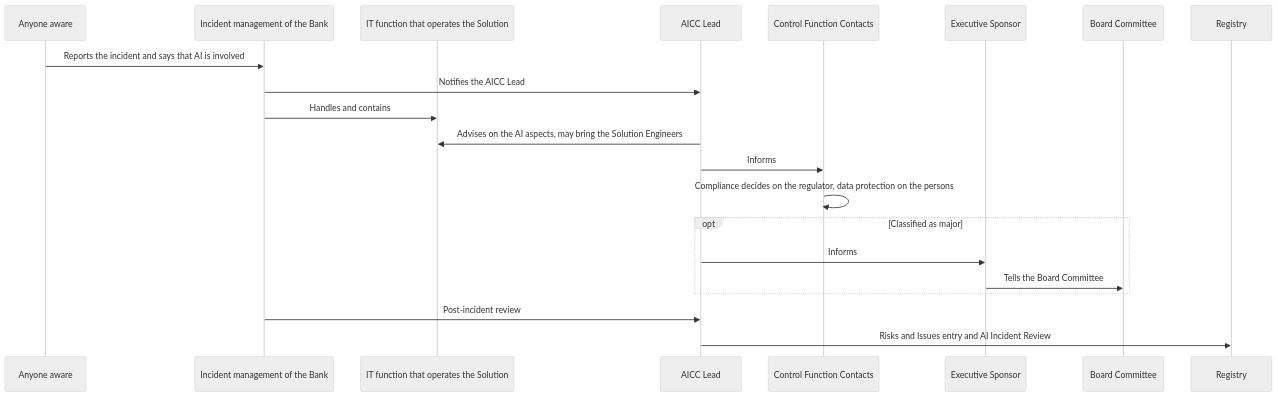
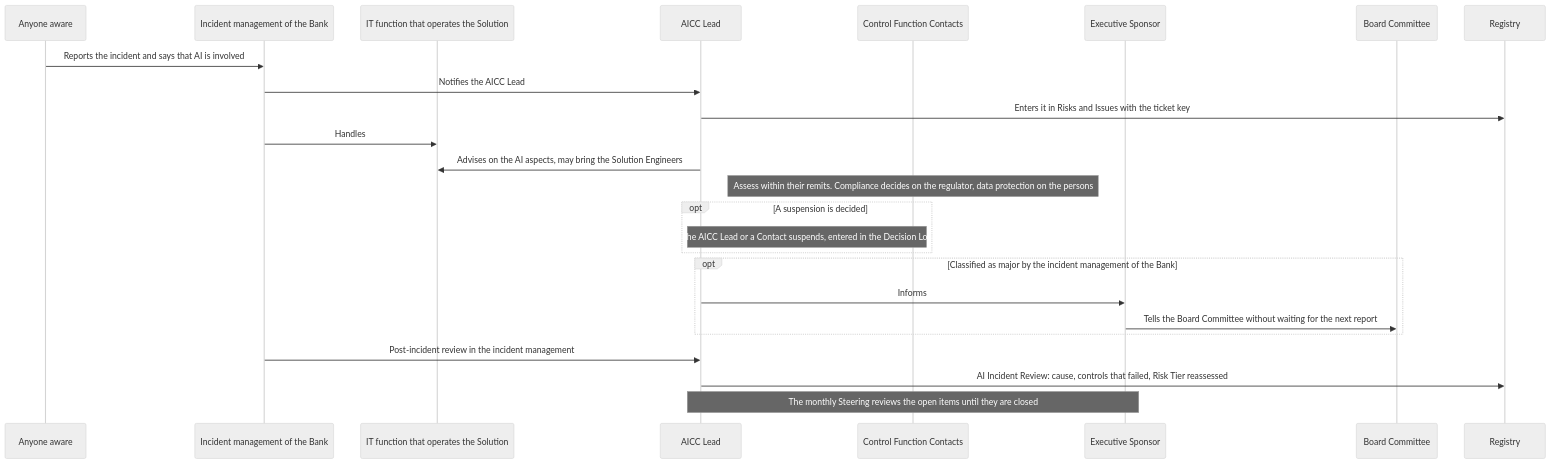
Before and after one commit to devhogu/ob-aicc: the fourth of 6 diagrams in charter/workflows/unit-governance.md, drawn with Mermaid (neutral theme). The commit also changed other lines of this file and 200 other files, not shown here.

````diff
--- a/charter/workflows/unit-governance.md
+++ b/charter/workflows/unit-governance.md
@@ -57,23 +114,27 @@
 ```mermaid
 sequenceDiagram
   participant U as Anyone aware
   participant IM as Incident management of the Bank
   participant OPS as IT function that operates the Solution
   participant L as AICC Lead
   participant CF as Control Function Contacts
   participant ES as Executive Sponsor
   participant BC as Board Committee
   participant R as Registry
   U->>IM: Reports the incident and says that AI is involved
   IM->>L: Notifies the AICC Lead
-  IM->>OPS: Handles and contains
+  L->>R: Enters it in Risks and Issues with the ticket key
+  IM->>OPS: Handles
   L->>OPS: Advises on the AI aspects, may bring the Solution Engineers
-  L->>CF: Informs
-  CF->>CF: Compliance decides on the regulator, data protection on the persons
-  opt Classified as major
+  Note over CF: Assess within their remits. Compliance decides on the regulator, data protection on the persons
+  opt A suspension is decided
+    Note over L,CF: The AICC Lead or a Contact suspends, entered in the Decision Log
+  end
+  opt Classified as major by the incident management of the Bank
     L->>ES: Informs
-    ES->>BC: Tells the Board Committee
+    ES->>BC: Tells the Board Committee without waiting for the next report
   end
-  IM->>L: Post-incident review
-  L->>R: Risks and Issues entry and AI Incident Review
+  IM->>L: Post-incident review in the incident management
+  L->>R: AI Incident Review: cause, controls that failed, Risk Tier reassessed
+  Note over L,ES: The monthly Steering reviews the open items until they are closed
 ```
````
